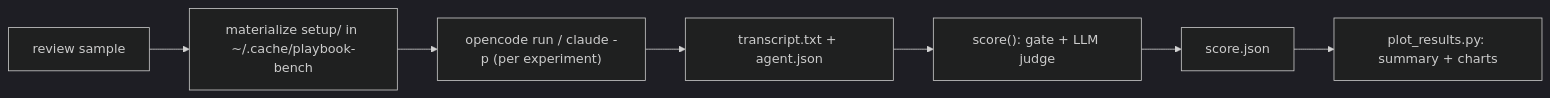
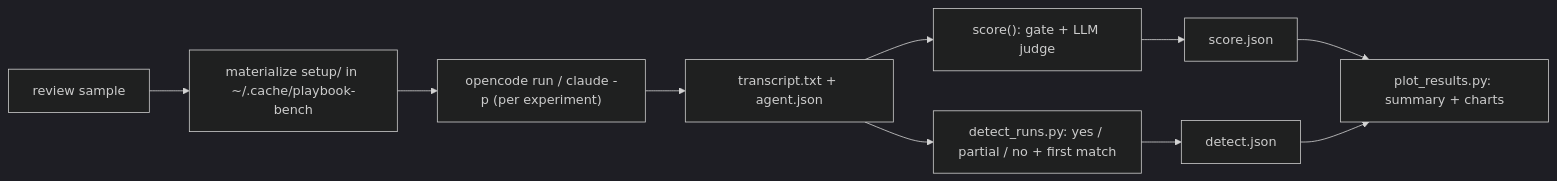
One commit to msobroza/coding-agent-playbook changed the diagram in benchmarks/README.md. Above: the diagram before and after it, drawn with Mermaid (dark theme). The commit also changed other lines of this file and 327 other files, not shown here.

````diff
--- a/benchmarks/README.md
+++ b/benchmarks/README.md
@@ -42,9 +70,12 @@
 ```mermaid
 flowchart LR
   S[review sample] --> M[materialize setup/ in ~/.cache/playbook-bench]
   M --> A["opencode run / claude -p (per experiment)"]
   A --> T[transcript.txt + agent.json]
   T --> G["score(): gate + LLM judge"]
   G --> R[score.json]
+  T --> D["detect_runs.py: yes / partial / no + first match"]
+  D --> J[detect.json]
   R --> P[plot_results.py: summary + charts]
+  J --> P
 ```
````
